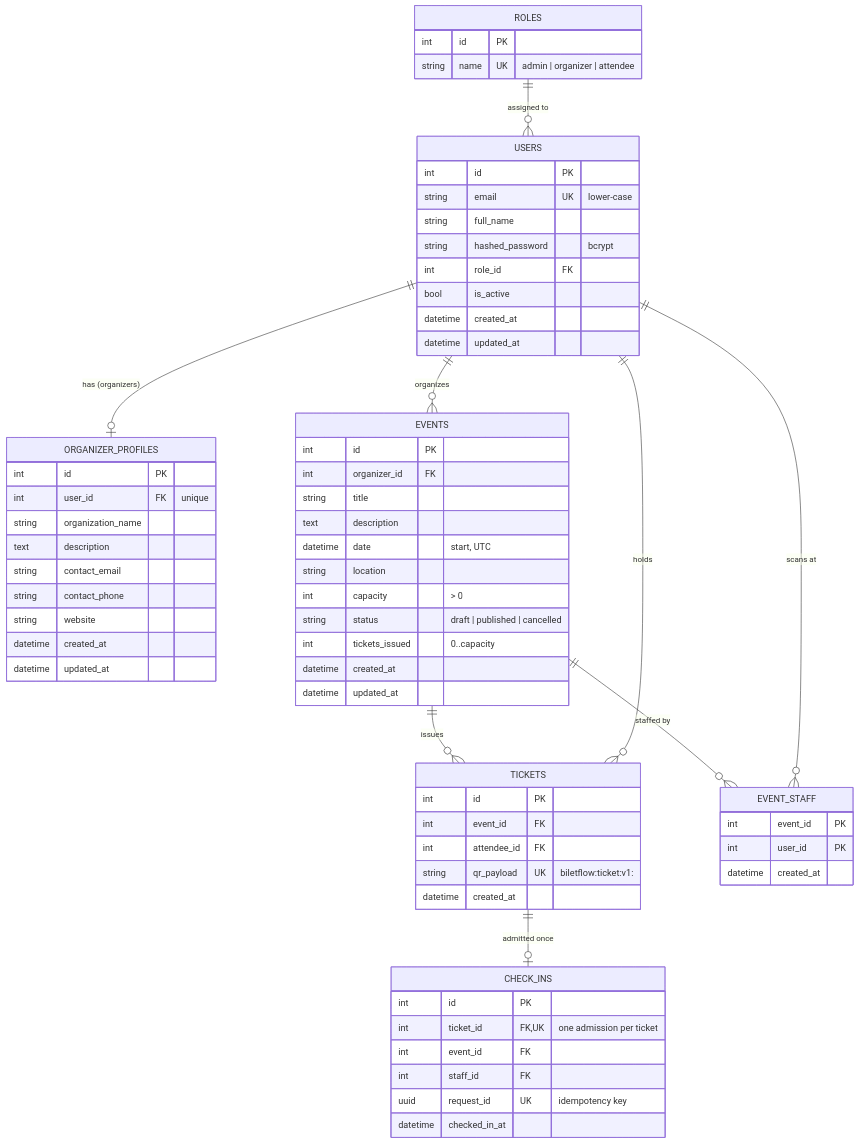
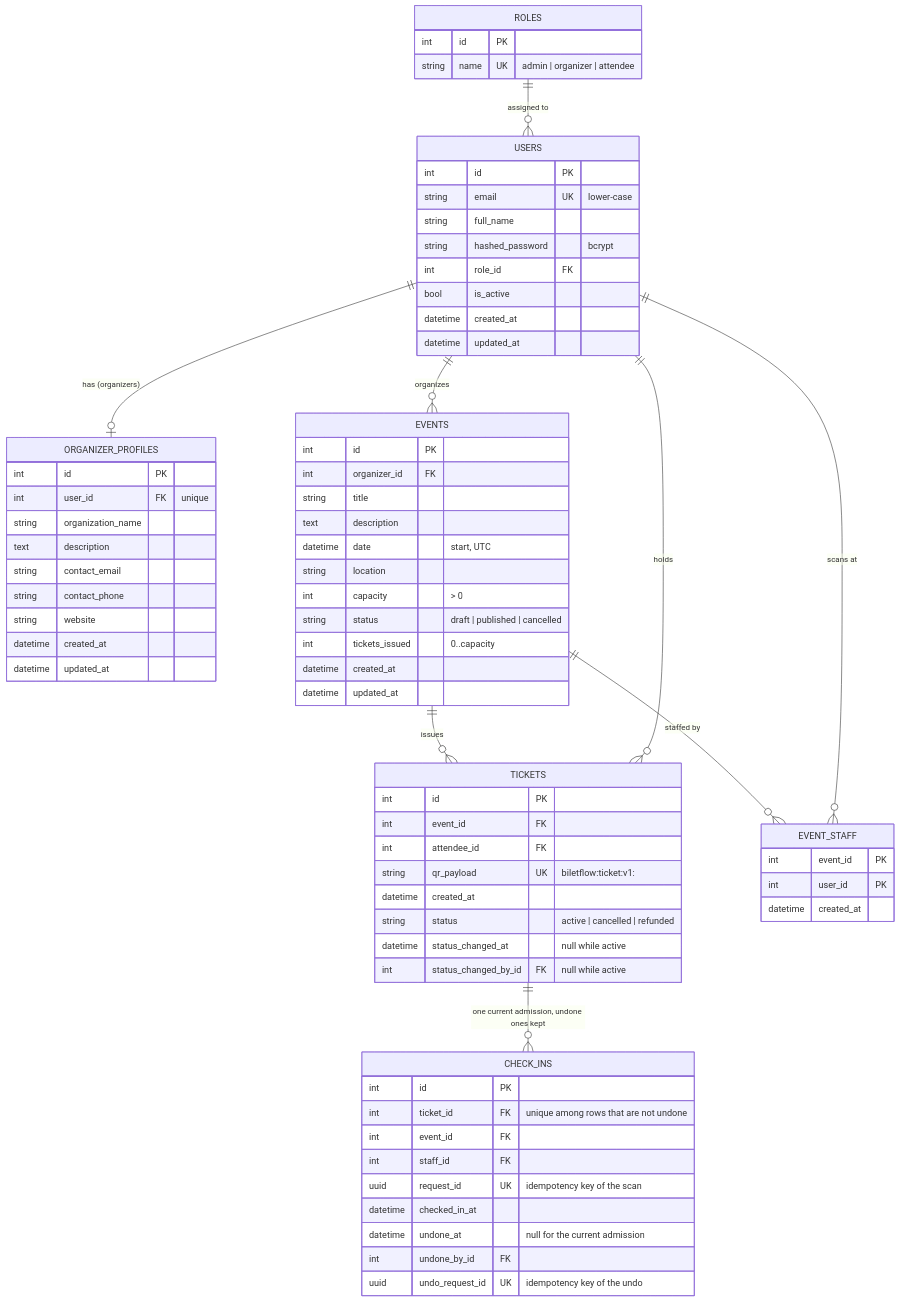
One commit to IliyasNU/palantir changed the second of 2 diagrams in docs/architecture.md. Above: the diagram before and after it, drawn with Mermaid. The commit also changed other lines of this file and 3 other files, not shown here.

First line of the commit message:
docs: describe ticket states, undo and migration 0003

````diff
--- a/docs/architecture.md
+++ b/docs/architecture.md
@@ -43,70 +43,76 @@
 ```mermaid
 erDiagram
     ROLES ||--o{ USERS : "assigned to"
     USERS ||--o| ORGANIZER_PROFILES : "has (organizers)"
     USERS ||--o{ EVENTS : "organizes"
     EVENTS ||--o{ TICKETS : "issues"
     USERS ||--o{ TICKETS : "holds"
     EVENTS ||--o{ EVENT_STAFF : "staffed by"
     USERS ||--o{ EVENT_STAFF : "scans at"
-    TICKETS ||--o| CHECK_INS : "admitted once"
+    TICKETS ||--o{ CHECK_INS : "one current admission, undone ones kept"
 
     ROLES {
         int id PK
         string name UK "admin | organizer | attendee"
     }
     USERS {
         int id PK
         string email UK "lower-case"
         string full_name
         string hashed_password "bcrypt"
         int role_id FK
         bool is_active
         datetime created_at
         datetime updated_at
     }
     ORGANIZER_PROFILES {
         int id PK
         int user_id FK "unique"
         string organization_name
         text description
         string contact_email
         string contact_phone
         string website
         datetime created_at
         datetime updated_at
     }
     EVENTS {
         int id PK
         int organizer_id FK
         string title
         text description
         datetime date "start, UTC"
         string location
         int capacity "> 0"
         string status "draft | published | cancelled"
         int tickets_issued "0..capacity"
         datetime created_at
         datetime updated_at
     }
     TICKETS {
         int id PK
         int event_id FK
         int attendee_id FK
         string qr_payload UK "biletflow:ticket:v1:<random>"
         datetime created_at
+        string status "active | cancelled | refunded"
+        datetime status_changed_at "null while active"
+        int status_changed_by_id FK "null while active"
     }
     EVENT_STAFF {
         int event_id PK
         int user_id PK
         datetime created_at
     }
     CHECK_INS {
         int id PK
-        int ticket_id FK,UK "one admission per ticket"
+        int ticket_id FK "unique among rows that are not undone"
         int event_id FK
         int staff_id FK
-        uuid request_id UK "idempotency key"
+        uuid request_id UK "idempotency key of the scan"
         datetime checked_in_at
+        datetime undone_at "null for the current admission"
+        int undone_by_id FK
+        uuid undo_request_id UK "idempotency key of the undo"
     }
 ```
````
